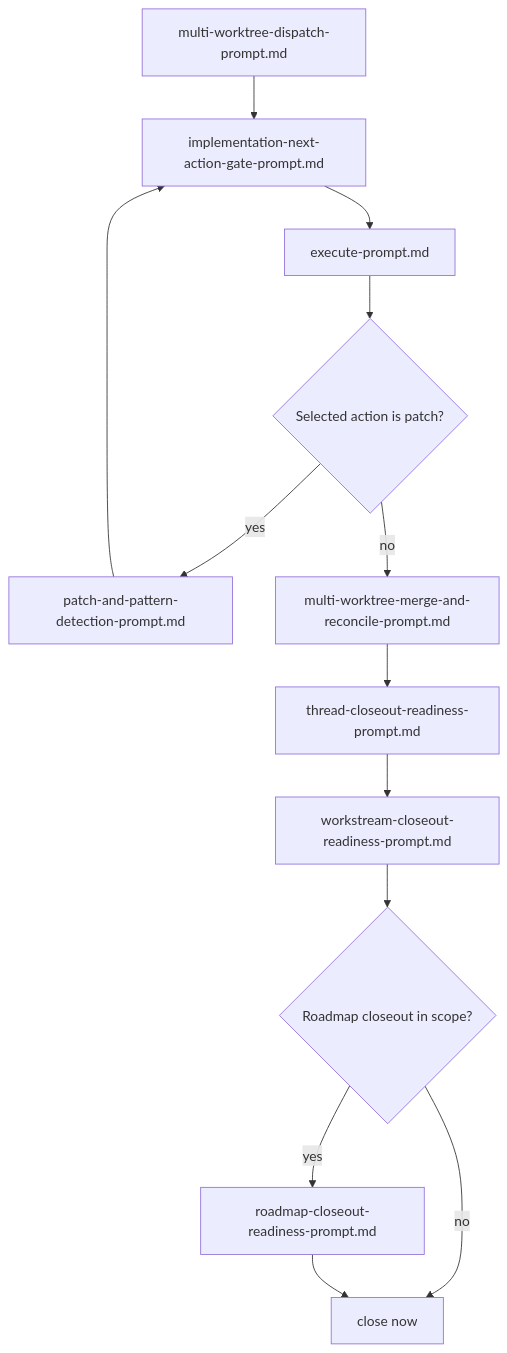
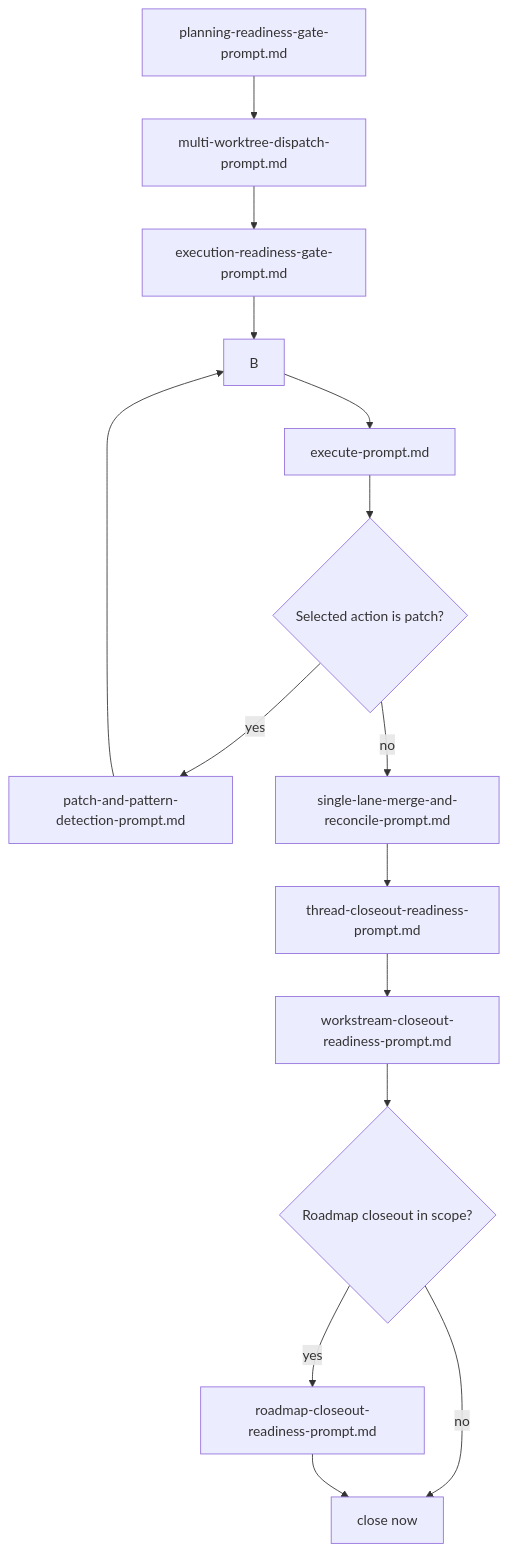
Before and after one commit to longdang193/project-OS-starter: the first of 2 diagrams in docs/operating_system/prompt_templates/README.md, drawn with Mermaid. The commit also changed other lines of this file and 17 other files, not shown here.

Commit message:
Enforce planning-first prompt gates and refine lane-specific merge prompts

````diff
--- a/docs/operating_system/prompt_templates/README.md
+++ b/docs/operating_system/prompt_templates/README.md
@@ -51,15 +66,17 @@
 ```mermaid
 flowchart TD
-  A["multi-worktree-dispatch-prompt.md"] --> B["implementation-next-action-gate-prompt.md"]
+  P["planning-readiness-gate-prompt.md"] --> A["multi-worktree-dispatch-prompt.md"]
+  A --> R["execution-readiness-gate-prompt.md"]
+  R --> B
   B --> C["execute-prompt.md"]
   C --> D{"Selected action is patch?"}
   D -- "yes" --> E["patch-and-pattern-detection-prompt.md"]
-  D -- "no" --> F["multi-worktree-merge-and-reconcile-prompt.md"]
+  D -- "no" --> F["single-lane-merge-and-reconcile-prompt.md"]
   E --> B
   F --> G["thread-closeout-readiness-prompt.md"]
   G --> H["workstream-closeout-readiness-prompt.md"]
   H --> I{"Roadmap closeout in scope?"}
   I -- "yes" --> J["roadmap-closeout-readiness-prompt.md"]
   I -- "no" --> K["close now"]
   J --> K
 ```
````
